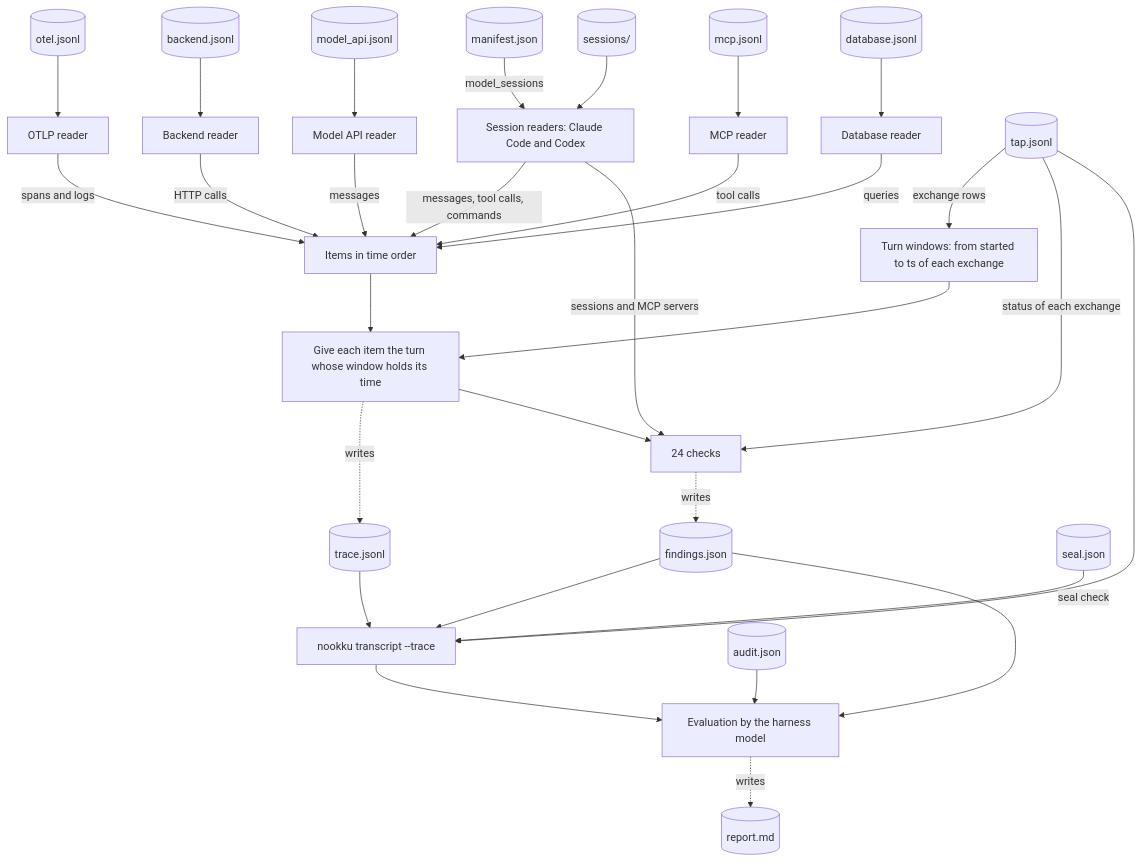
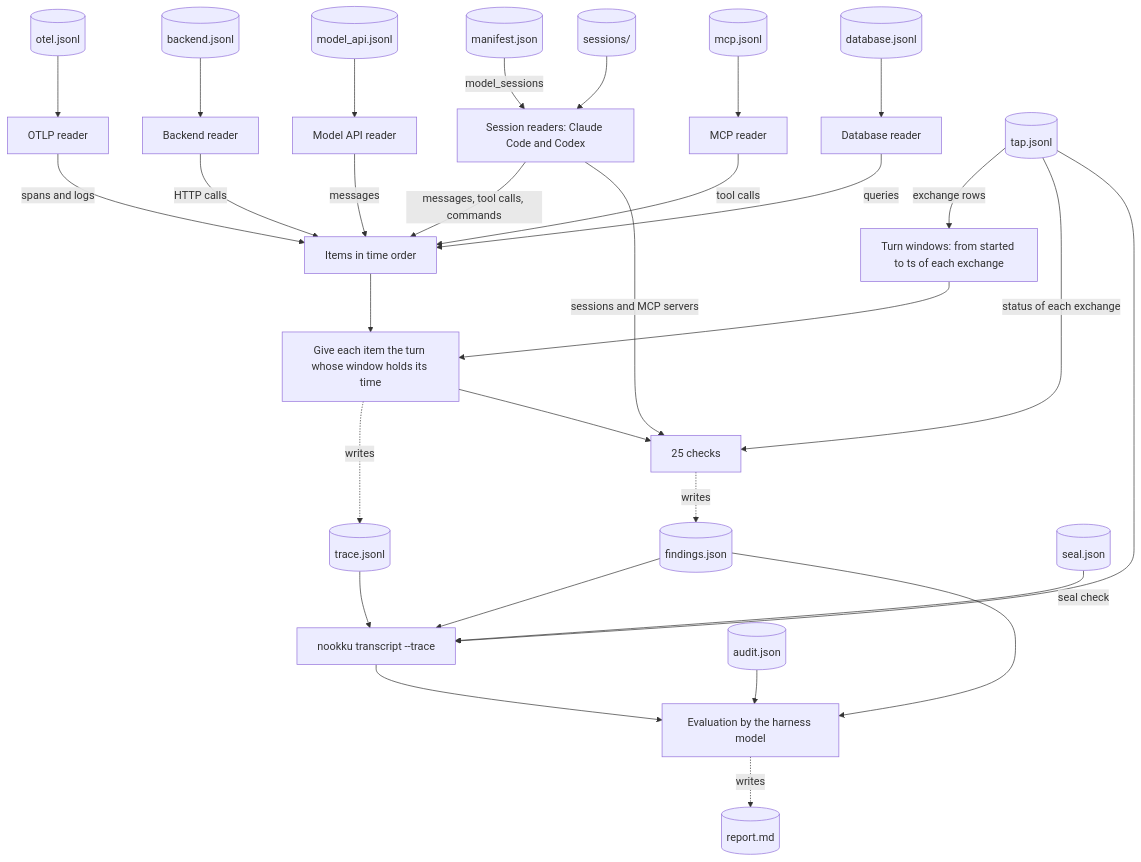
One commit to mohanraj00/nookku changed the fourth of 4 diagrams in docs/architecture.md. Above: the diagram before and after it, drawn with Mermaid. The commit also changed other lines of this file and 66 other files, not shown here.

````diff
--- a/docs/architecture.md
+++ b/docs/architecture.md
@@ -213,32 +213,32 @@
 ```mermaid
 flowchart TB
     manifestrec[(manifest.json)] -->|model_sessions| sreaders[Session readers: Claude Code and Codex]
     sessions[(sessions/)] --> sreaders
     otelrec[(otel.jsonl)] --> oreader[OTLP reader]
     backendrec[(backend.jsonl)] --> breader[Backend reader]
     modelrec[(model_api.jsonl)] --> mreader[Model API reader]
     mcprec[(mcp.jsonl)] --> mcpreader[MCP reader]
     dbrec[(database.jsonl)] --> dbreader[Database reader]
     sreaders -->|messages, tool calls, commands| items[Items in time order]
     oreader -->|spans and logs| items
     breader -->|HTTP calls| items
     mreader -->|messages| items
     mcpreader -->|tool calls| items
     dbreader -->|queries| items
     taprec[(tap.jsonl)] -->|exchange rows| windows[Turn windows: from started to ts of each exchange]
     items --> assign[Give each item the turn whose window holds its time]
     windows --> assign
     assign -.->|writes| tracerec[(trace.jsonl)]
-    assign --> checks[24 checks]
+    assign --> checks[25 checks]
     sreaders -->|sessions and MCP servers| checks
     taprec -->|status of each exchange| checks
     checks -.->|writes| findingsrec[(findings.json)]
     taprec --> transcript[nookku transcript --trace]
     tracerec --> transcript
     findingsrec --> transcript
     sealrec[(seal.json)] -->|seal check| transcript
     transcript --> eval[Evaluation by the harness model]
     findingsrec --> eval
     auditrec[(audit.json)] --> eval
     eval -.->|writes| report[(report.md)]
 ```
````
